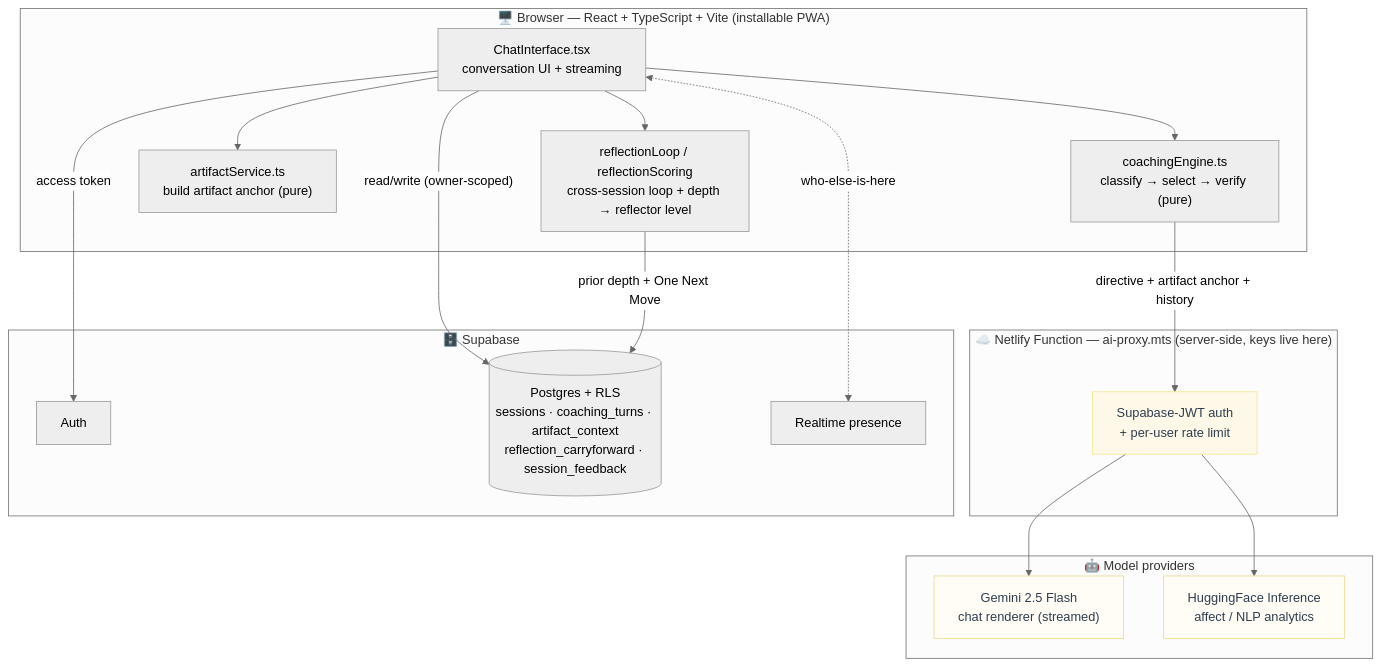
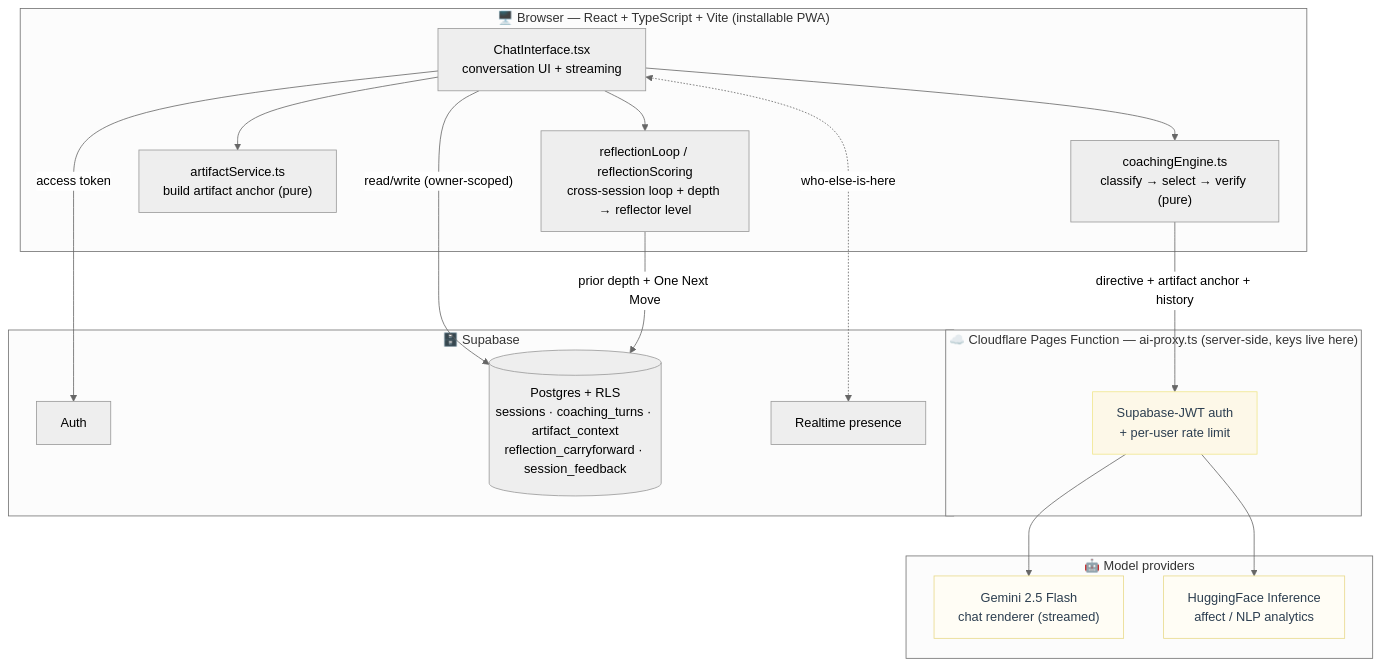
The first of 2 diagrams in README.md (Educatian/TINA1.01), drawn with Mermaid (neutral theme) before and after one commit. The commit also changed other lines of this file and 11 other files, not shown here.

First line of the commit message:
Drop Netlify: Cloudflare Pages + Supabase only

````diff
--- a/README.md
+++ b/README.md
@@ -65,40 +65,40 @@
 ```mermaid
 flowchart TB
   subgraph Browser["🖥️ Browser — React + TypeScript + Vite (installable PWA)"]
     UI["ChatInterface.tsx<br/>conversation UI + streaming"]
     ENG["coachingEngine.ts<br/>classify → select → verify (pure)"]
     ART["artifactService.ts<br/>build artifact anchor (pure)"]
     LOOP["reflectionLoop / reflectionScoring<br/>cross-session loop + depth → reflector level"]
     UI --> ENG
     UI --> ART
     UI --> LOOP
   end
 
-  subgraph Edge["☁️ Netlify Function — ai-proxy.mts (server-side, keys live here)"]
+  subgraph Edge["☁️ Cloudflare Pages Function — ai-proxy.ts (server-side, keys live here)"]
     PROXY["Supabase-JWT auth<br/>+ per-user rate limit"]
   end
 
   subgraph Models["🤖 Model providers"]
     GEM["Gemini 2.5 Flash<br/>chat renderer (streamed)"]
     HF["HuggingFace Inference<br/>affect / NLP analytics"]
   end
 
   subgraph Supa["🗄️ Supabase"]
     AUTH["Auth"]
     DB[("Postgres + RLS<br/>sessions · coaching_turns · artifact_context<br/>reflection_carryforward · session_feedback")]
     RT["Realtime presence"]
   end
 
   UI -- "access token" --> AUTH
   ENG -- "directive + artifact anchor + history" --> PROXY
   PROXY --> GEM
   PROXY --> HF
   UI -- "read/write (owner-scoped)" --> DB
   UI <-. "who-else-is-here" .-> RT
   LOOP -- "prior depth + One Next Move" --> DB
 
   classDef edge fill:#FDF8E8,stroke:#F0E68C,color:#2C3E50;
   classDef model fill:#FFFDF5,stroke:#E8D98A,color:#2C3E50;
   class PROXY edge;
   class GEM,HF model;
 ```
````
